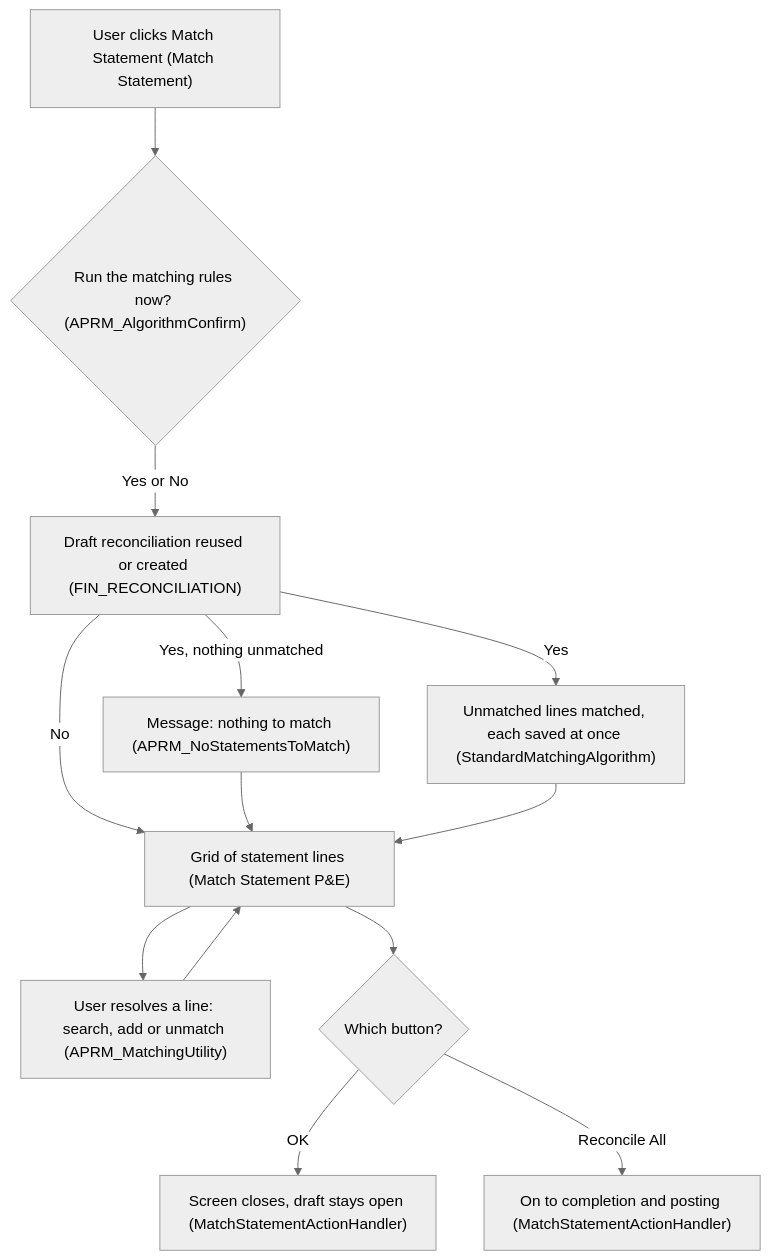
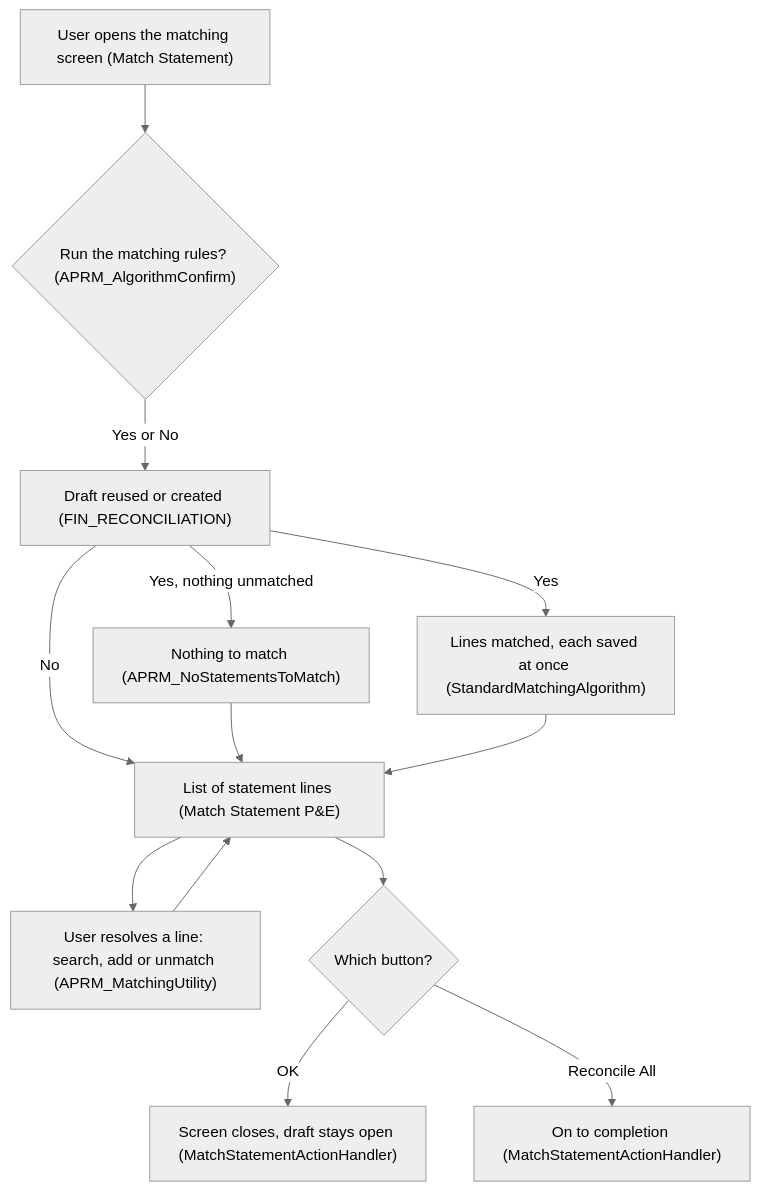
The second of 9 diagrams in docs/analysis/analysis-1-current-state-reconciliation.md (blitzy-public-samples/openbravo-erp), drawn with Mermaid (neutral theme) before and after one commit. The commit also changed other lines of this file and 1 other file, not shown here.

````diff
--- a/docs/analysis/analysis-1-current-state-reconciliation.md
+++ b/docs/analysis/analysis-1-current-state-reconciliation.md
@@ -70,15 +70,17 @@
 ```mermaid
 flowchart TD
-    A["User clicks Match Statement (Match Statement)"] --> B{"Run the matching rules now? (APRM_AlgorithmConfirm)"}
-    B -->|Yes or No| C["Draft reconciliation reused or created (FIN_RECONCILIATION)"]
-    C -->|Yes, nothing unmatched| D["Message: nothing to match (APRM_NoStatementsToMatch)"]
-    C -->|Yes| E["Unmatched lines matched, each saved at once (StandardMatchingAlgorithm)"]
-    C -->|No| F["Grid of statement lines (Match Statement P&E)"]
+    accTitle: Figure 2. Matching in the Match Statement Screen
+    accDescr: The top answer decides automatic matching; the loop is per-line work.
+    A["User opens the matching screen (Match Statement)"] --> B{"Run the matching rules? (APRM_AlgorithmConfirm)"}
+    B -->|Yes or No| C["Draft reused or created (FIN_RECONCILIATION)"]
+    C -->|Yes, nothing unmatched| D["Nothing to match (APRM_NoStatementsToMatch)"]
+    C -->|Yes| E["Lines matched, each saved at once (StandardMatchingAlgorithm)"]
+    C -->|No| F["List of statement lines (Match Statement P&E)"]
     D --> F
     E --> F
     F --> G["User resolves a line: search, add or unmatch (APRM_MatchingUtility)"]
     G --> F
     F --> H{"Which button?"}
     H -->|OK| I["Screen closes, draft stays open (MatchStatementActionHandler)"]
-    H -->|Reconcile All| J["On to completion and posting (MatchStatementActionHandler)"]
+    H -->|Reconcile All| J["On to completion (MatchStatementActionHandler)"]
 ```
````
